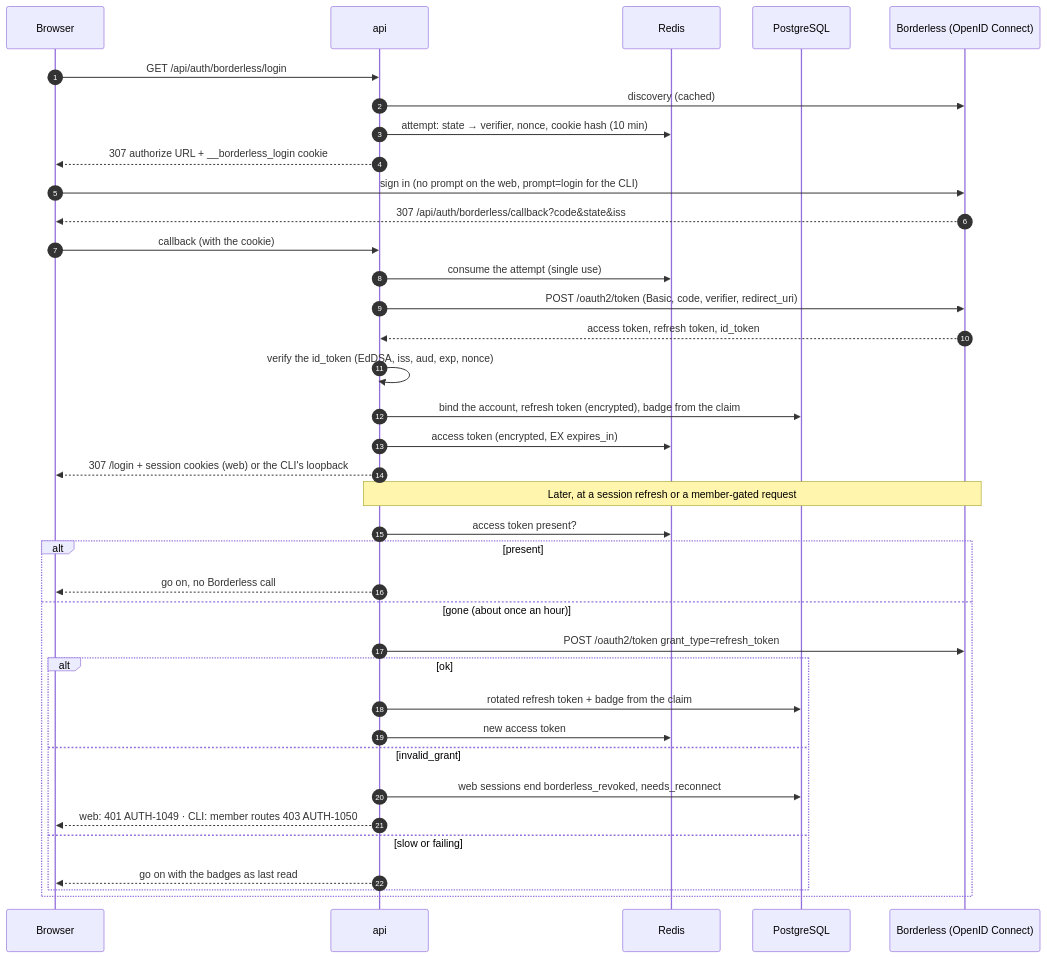
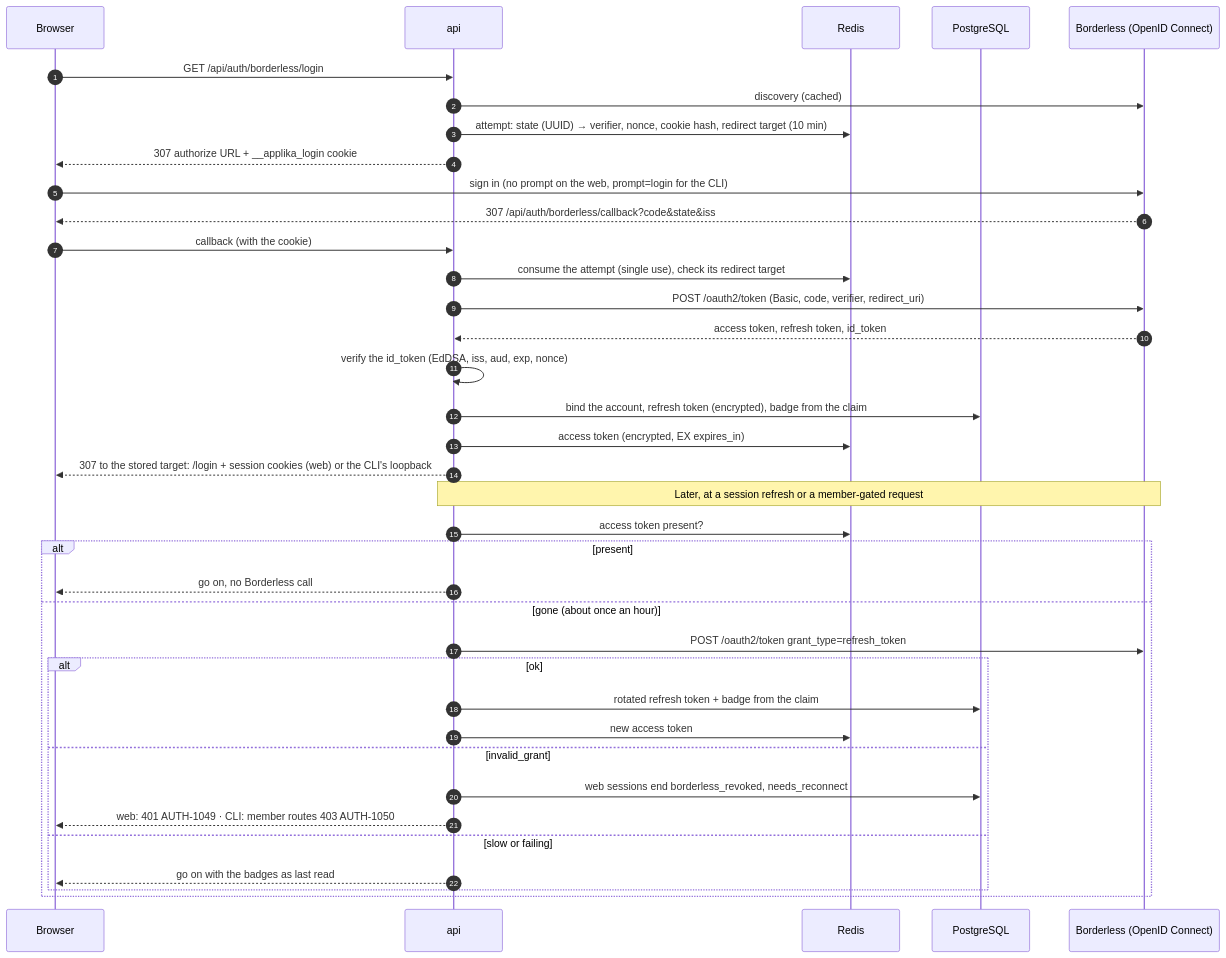
Diagram 11 of 12 in docs/infrastructure.md (BorderlessCodingHub/applika), drawn with Mermaid before and after one commit. The commit also changed other lines of this file and 7 other files, not shown here.

````diff
--- a/docs/infrastructure.md
+++ b/docs/infrastructure.md
@@ -464,41 +470,41 @@
 ```mermaid
 sequenceDiagram
     autonumber
     participant B as Browser
     participant A as api
     participant R as Redis
     participant P as PostgreSQL
     participant BL as Borderless (OpenID Connect)
 
     B->>A: GET /api/auth/borderless/login
     A->>BL: discovery (cached)
-    A->>R: attempt: state → verifier, nonce, cookie hash (10 min)
-    A-->>B: 307 authorize URL + __borderless_login cookie
+    A->>R: attempt: state (UUID) → verifier, nonce, cookie hash, redirect target (10 min)
+    A-->>B: 307 authorize URL + __applika_login cookie
     B->>BL: sign in (no prompt on the web, prompt=login for the CLI)
     BL-->>B: 307 /api/auth/borderless/callback?code&state&iss
     B->>A: callback (with the cookie)
-    A->>R: consume the attempt (single use)
+    A->>R: consume the attempt (single use), check its redirect target
     A->>BL: POST /oauth2/token (Basic, code, verifier, redirect_uri)
     BL-->>A: access token, refresh token, id_token
     A->>A: verify the id_token (EdDSA, iss, aud, exp, nonce)
     A->>P: bind the account, refresh token (encrypted), badge from the claim
     A->>R: access token (encrypted, EX expires_in)
-    A-->>B: 307 /login + session cookies (web) or the CLI's loopback
+    A-->>B: 307 to the stored target: /login + session cookies (web) or the CLI's loopback
 
     Note over A,BL: Later, at a session refresh or a member-gated request
     A->>R: access token present?
     alt present
         A-->>B: go on, no Borderless call
     else gone (about once an hour)
         A->>BL: POST /oauth2/token grant_type=refresh_token
         alt ok
             A->>P: rotated refresh token + badge from the claim
             A->>R: new access token
         else invalid_grant
             A->>P: web sessions end borderless_revoked, needs_reconnect
             A-->>B: web: 401 AUTH-1049 · CLI: member routes 403 AUTH-1050
         else slow or failing
             A-->>B: go on with the badges as last read
         end
     end
 ```
````
